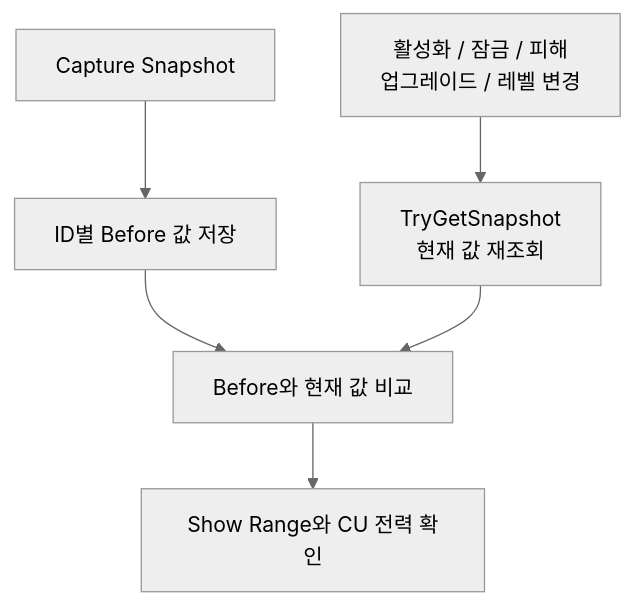
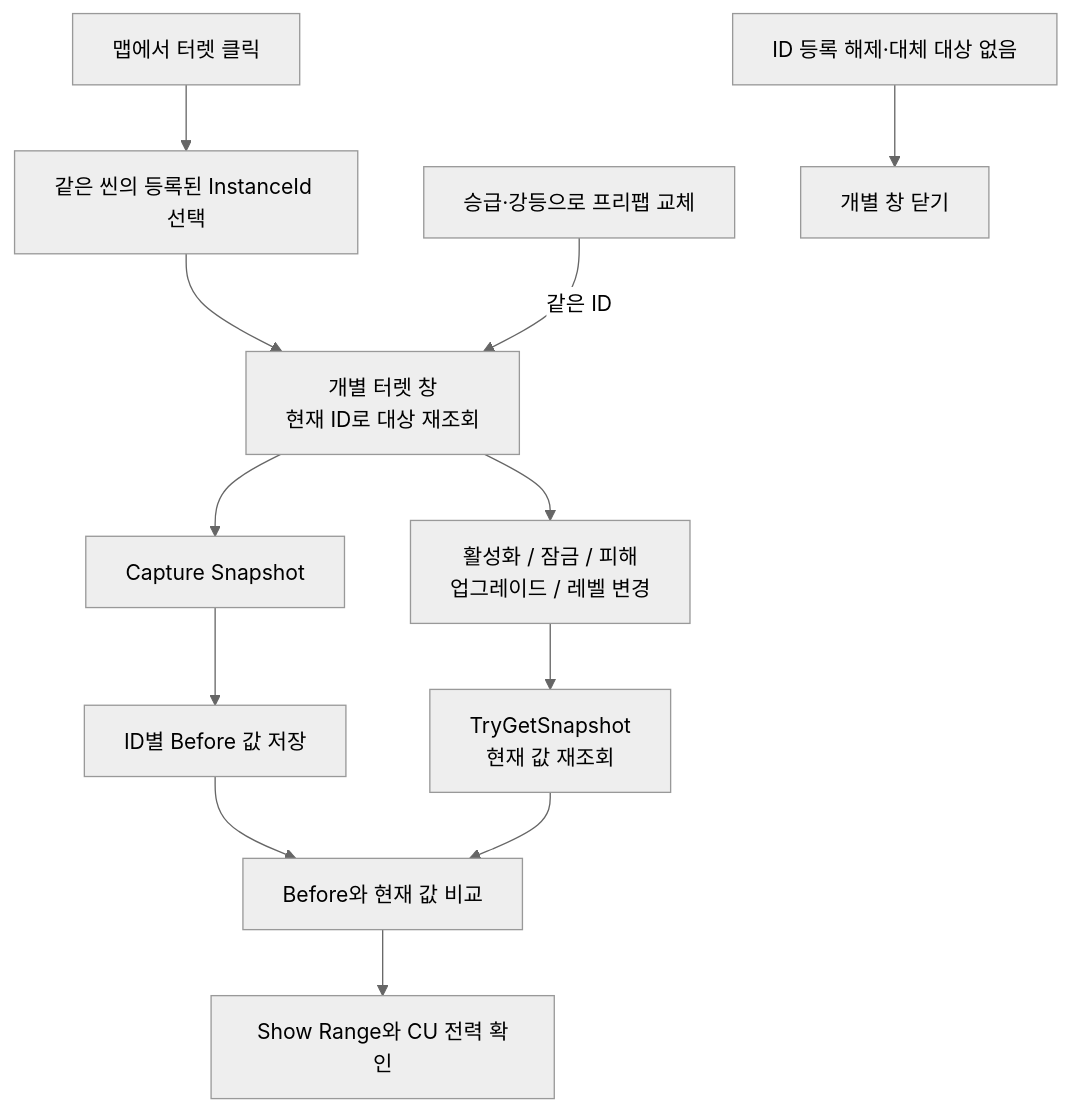
One commit to Team-HJD-21/unity-6-the-developer changed diagram 15 of 16 in Docs/architecture/turret-system-guide.md. Above: the diagram before and after it, drawn with Mermaid (neutral theme). The commit also changed other lines of this file and 2 other files, not shown here.

````diff
--- a/Docs/architecture/turret-system-guide.md
+++ b/Docs/architecture/turret-system-guide.md
@@ -681,8 +683,14 @@
 ```mermaid
 flowchart TD
+    Click["맵에서 터렛 클릭"] --> Select["같은 씬의 등록된 InstanceId 선택"]
+    Select --> Window["개별 터렛 창<br>현재 ID로 대상 재조회"]
+    Window --> Capture
+    Window --> Action
+    Replacement["승급·강등으로 프리팹 교체"] -->|"같은 ID"| Window
+    Missing["ID 등록 해제·대체 대상 없음"] --> Close["개별 창 닫기"]
     Capture["Capture Snapshot"] --> Stored["ID별 Before 값 저장"]
     Action["활성화 / 잠금 / 피해<br>업그레이드 / 레벨 변경"] --> Query["TryGetSnapshot<br>현재 값 재조회"]
     Stored --> Compare["Before와 현재 값 비교"]
     Query --> Compare
     Compare --> Visual["Show Range와 CU 전력 확인"]
 ```
````
